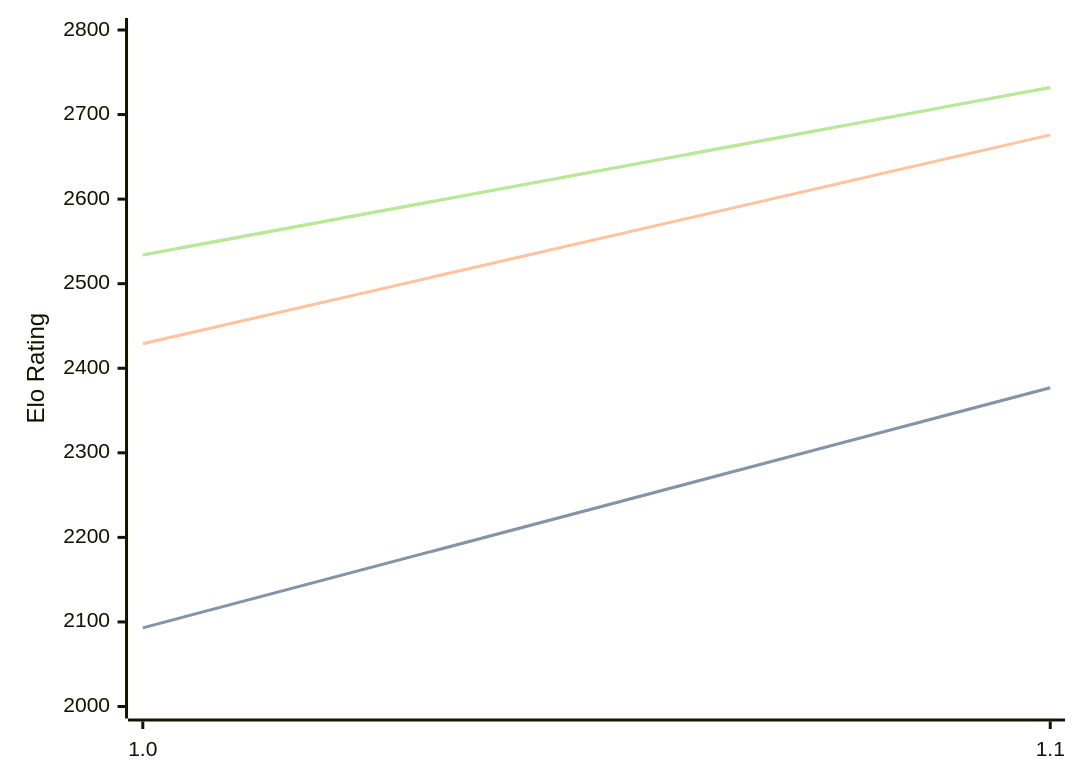
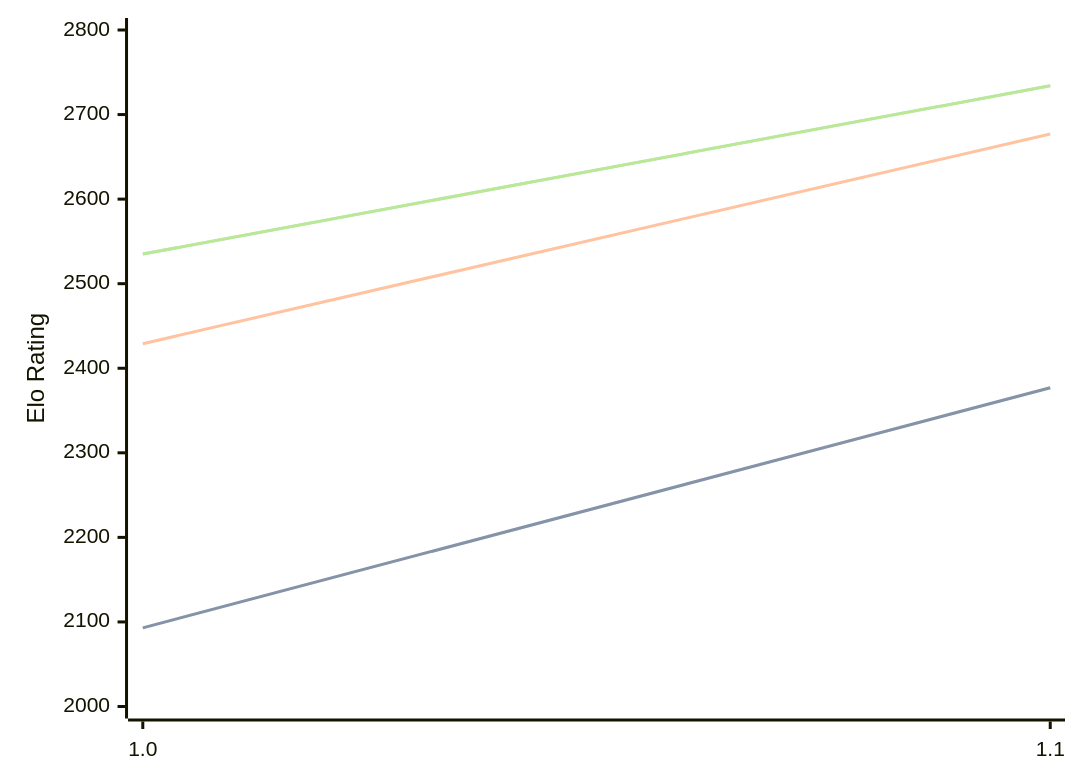
The diagram in engines/Erinn.md (computer-chess-index/cci), drawn with Mermaid before and after one commit. The commit also changed other lines of this file, not shown here.

Commit message:
Update CCI Ratings (ELO VLTC) - 2026-09-18

````diff
--- a/engines/Erinn.md
+++ b/engines/Erinn.md
@@ -32,11 +32,11 @@
 ```mermaid
 %%{init: {"theme":"base","themeVariables":{"seriesColors:['#a3a3a3','#222221','#faa371']}}}%%
 xychart-beta
   x-axis ["1.0", "1.1"]
   y-axis "Elo Rating" 2000 --> 2800
   line "" [2093, 2377]
   line "STC (8.0+0.08s)" [2093, 2377]
-  line "LTC (60.0+0.60s)" [2429, 2676]
-  line "" [2534, 2732]
-  line "VLTC (2m24s+1.12s)" [2534, 2732]
+  line "LTC (60.0+0.60s)" [2429, 2677]
+  line "" [2535, 2734]
+  line "VLTC (2m24s+1.12s)" [2535, 2734]
 ```
````
